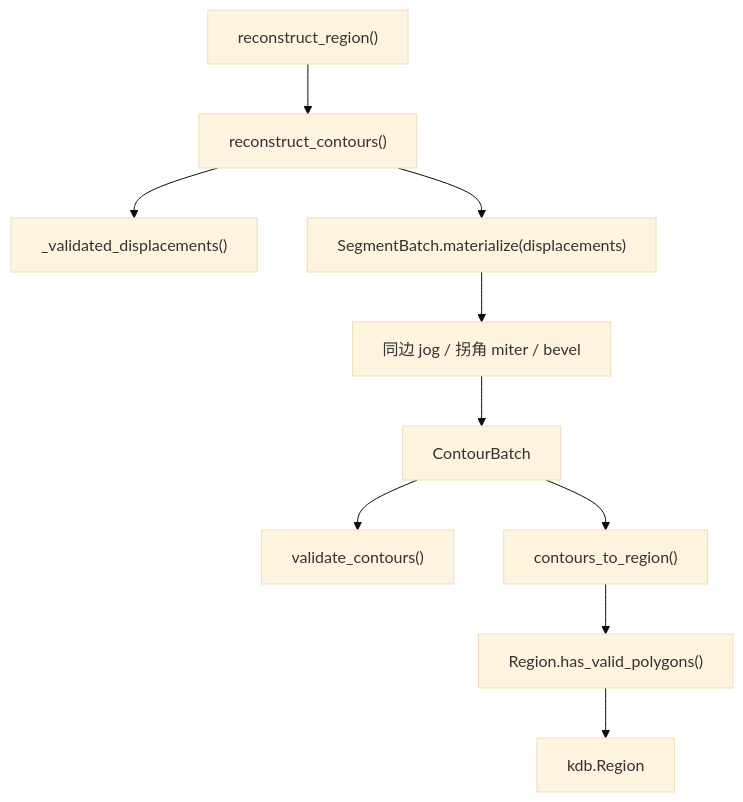
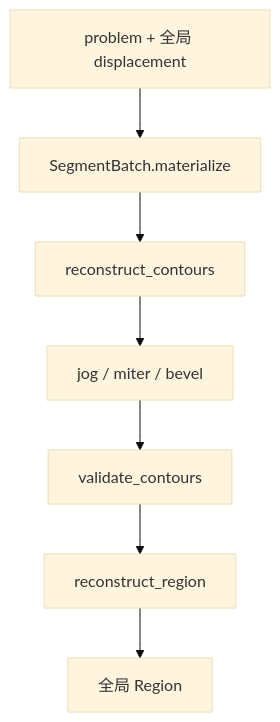
One commit to Eve429/MyOPC changed the seventh of 8 diagrams in doc/function_call_architecture.md. Above: the diagram before and after it, drawn with Mermaid (base theme). The commit also changed other lines of this file and 29 other files, not shown here.

````diff
--- a/doc/function_call_architecture.md
+++ b/doc/function_call_architecture.md
@@ -256,22 +151,9 @@
 ```mermaid
 flowchart TD
-    REGION["reconstruct_region()"]
-    CONTOURS["reconstruct_contours()"]
-    VALIDATE_D["_validated_displacements()"]
-    MATERIALIZE["SegmentBatch.materialize(displacements)"]
-    JUNCTION["同边 jog / 拐角 miter / bevel"]
-    CONTOUR_BATCH["ContourBatch"]
-    VALIDATE_C["validate_contours()"]
-    TO_REGION["contours_to_region()"]
-    NATIVE_VALID["Region.has_valid_polygons()"]
-    RESULT["kdb.Region"]
-
-    REGION --> CONTOURS
-    CONTOURS --> VALIDATE_D
-    CONTOURS --> MATERIALIZE
-    MATERIALIZE --> JUNCTION
-    JUNCTION --> CONTOUR_BATCH
-    CONTOUR_BATCH --> VALIDATE_C
-    CONTOUR_BATCH --> TO_REGION
-    TO_REGION --> NATIVE_VALID --> RESULT
+    A[problem + 全局 displacement] --> B[SegmentBatch.materialize]
+    B --> C[reconstruct_contours]
+    C --> D[jog / miter / bevel]
+    D --> E[validate_contours]
+    E --> F[reconstruct_region]
+    F --> G[全局 Region]
 ```
````
